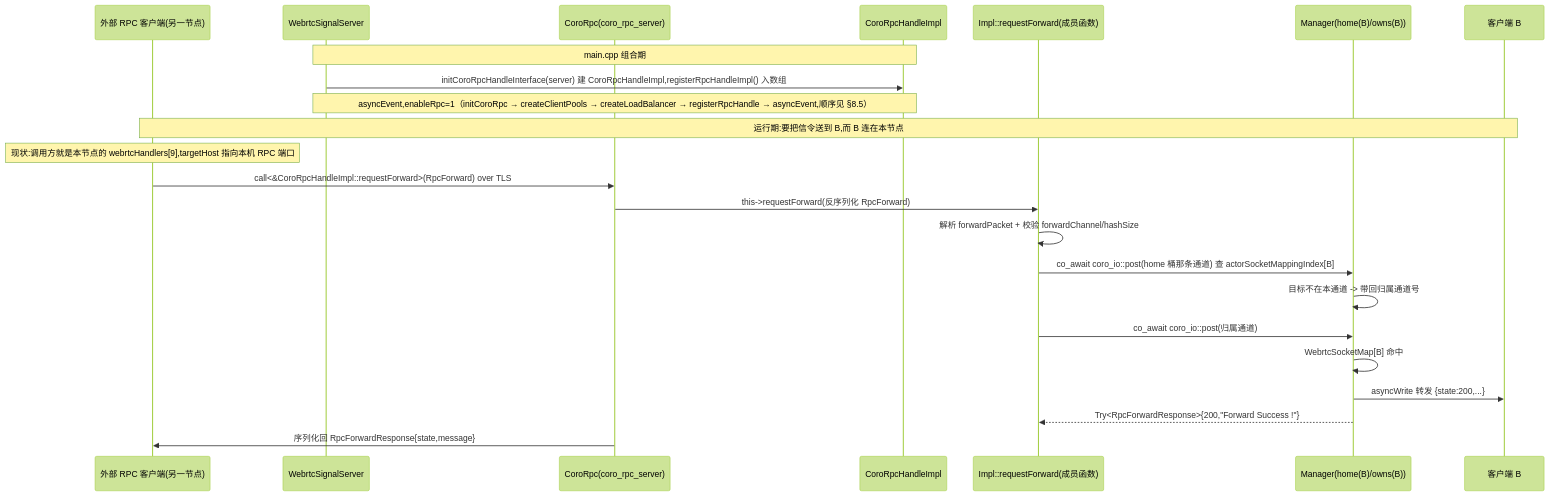
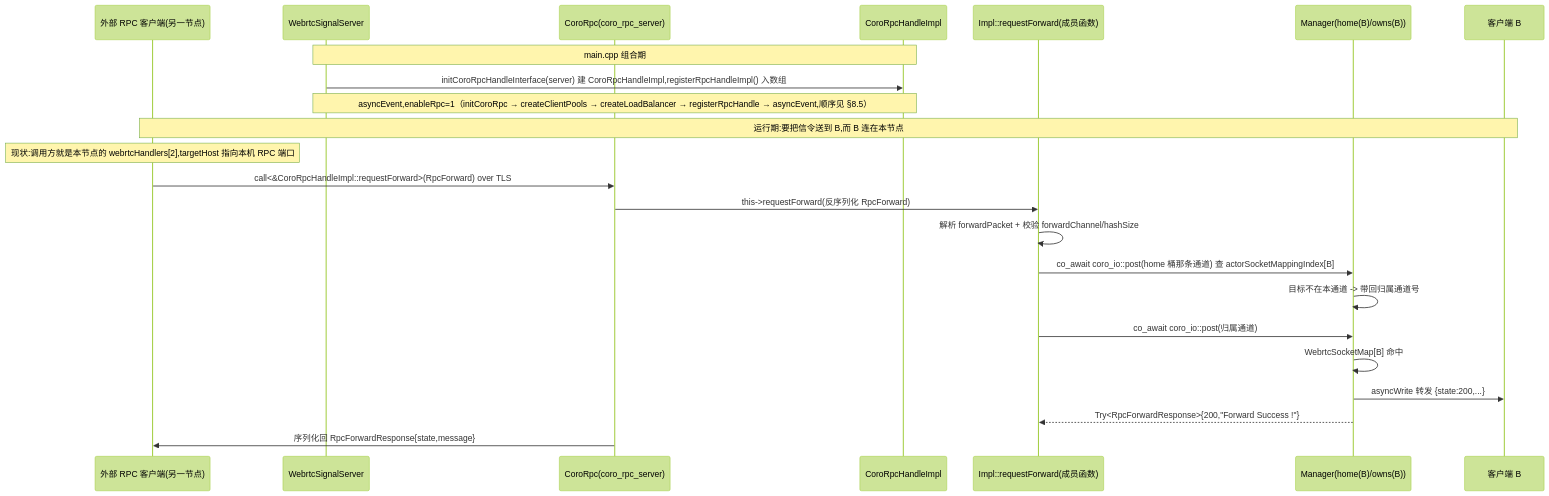
One commit to HopeTiga/HopeDesk changed the fifth of 5 diagrams in WebrtcSignalServer.md. Above: the diagram before and after it, drawn with Mermaid (forest theme). The commit also changed other lines of this file, not shown here.

````diff
--- a/WebrtcSignalServer.md
+++ b/WebrtcSignalServer.md
@@ -660,25 +663,25 @@
 ```mermaid
 sequenceDiagram
   participant Cli as 外部 RPC 客户端(另一节点)
   participant Srv as WebrtcSignalServer
   participant Rpc as CoroRpc(coro_rpc_server)
   participant Impl as CoroRpcHandleImpl
   participant Fn as Impl::requestForward(成员函数)
   participant Mb as Manager(home(B)/owns(B))
   participant B as 客户端 B
   Note over Srv,Impl: main.cpp 组合期
   Srv->>Impl: initCoroRpcHandleInterface(server) 建 CoroRpcHandleImpl,registerRpcHandleImpl() 入数组
   Note over Srv,Impl: asyncEvent,enableRpc=1（initCoroRpc → createClientPools → createLoadBalancer → registerRpcHandle → asyncEvent,顺序见 §8.5）
   Note over Cli,B: 运行期:要把信令送到 B,而 B 连在本节点
-  Note over Cli: 现状:调用方就是本节点的 webrtcHandlers[9],targetHost 指向本机 RPC 端口
+  Note over Cli: 现状:调用方就是本节点的 webrtcHandlers[2],targetHost 指向本机 RPC 端口
   Cli->>Rpc: call<&CoroRpcHandleImpl::requestForward>(RpcForward) over TLS
   Rpc->>Fn: this->requestForward(反序列化 RpcForward)
   Fn->>Fn: 解析 forwardPacket + 校验 forwardChannel/hashSize
   Fn->>Mb: co_await coro_io::post(home 桶那条通道) 查 actorSocketMappingIndex[B]
   Mb->>Mb: 目标不在本通道 -> 带回归属通道号
   Fn->>Mb: co_await coro_io::post(归属通道)
   Mb->>Mb: WebrtcSocketMap[B] 命中
   Mb->>B: asyncWrite 转发 {state:200,...}
   Mb-->>Fn: Try<RpcForwardResponse>{200,"Forward Success !"}
   Rpc->>Cli: 序列化回 RpcForwardResponse{state,message}
 ```
````
